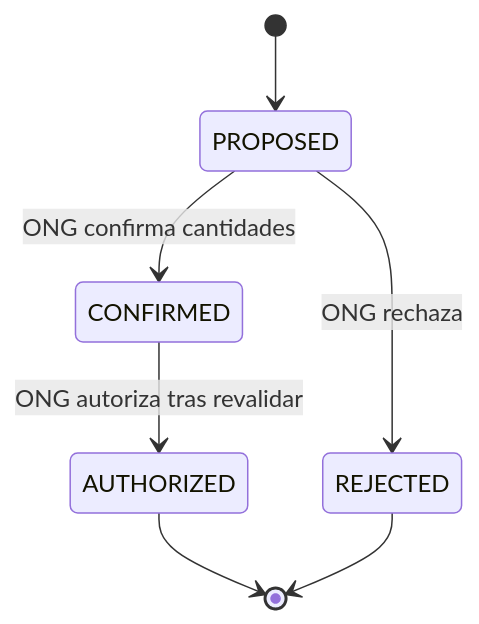
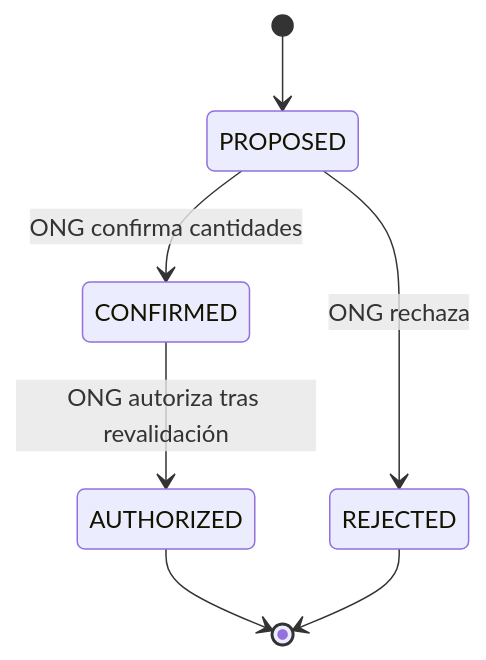
One commit to EderPanta18/alivia-humanitarian-system-design changed the second of 4 diagrams in docs/05-analisis/02-estados-transiciones.md. Above: the diagram before and after it, drawn with Mermaid. The commit also changed other lines of this file and 44 other files, not shown here.

````diff
--- a/docs/05-analisis/02-estados-transiciones.md
+++ b/docs/05-analisis/02-estados-transiciones.md
@@ -22,9 +30,9 @@
 ```mermaid
 stateDiagram-v2
- [*] --> PROPOSED
- PROPOSED --> CONFIRMED : ONG confirma cantidades
- PROPOSED --> REJECTED : ONG rechaza
- CONFIRMED --> AUTHORIZED : ONG autoriza tras revalidar
- AUTHORIZED --> [*]
- REJECTED --> [*]
+    [*] --> PROPOSED
+    PROPOSED --> CONFIRMED : ONG confirma cantidades
+    PROPOSED --> REJECTED : ONG rechaza
+    CONFIRMED --> AUTHORIZED : ONG autoriza tras revalidación
+    AUTHORIZED --> [*]
+    REJECTED --> [*]
 ```
````
